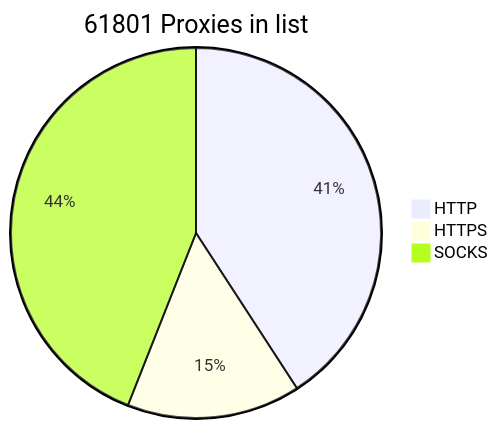
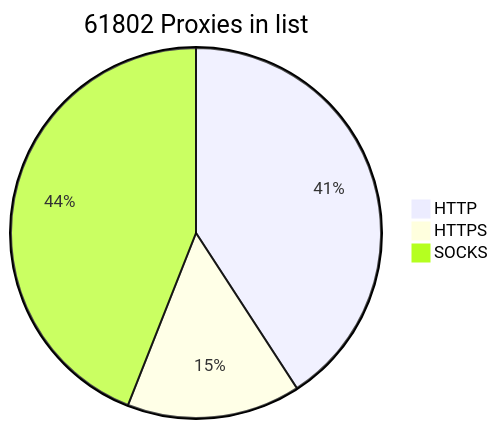
The diagram in README.md (BlackSnowDot/proxylist-update-every-minute), drawn with Mermaid before and after one commit.

````diff
--- a/README.md
+++ b/README.md
@@ -2,6 +2,6 @@
 ```mermaid
-pie title 61801 Proxies in list
-    "HTTP" : 28641
+pie title 61802 Proxies in list
+    "HTTP" : 28642
     "HTTPS": 10641
     "SOCKS" : 30876
 ```
````
